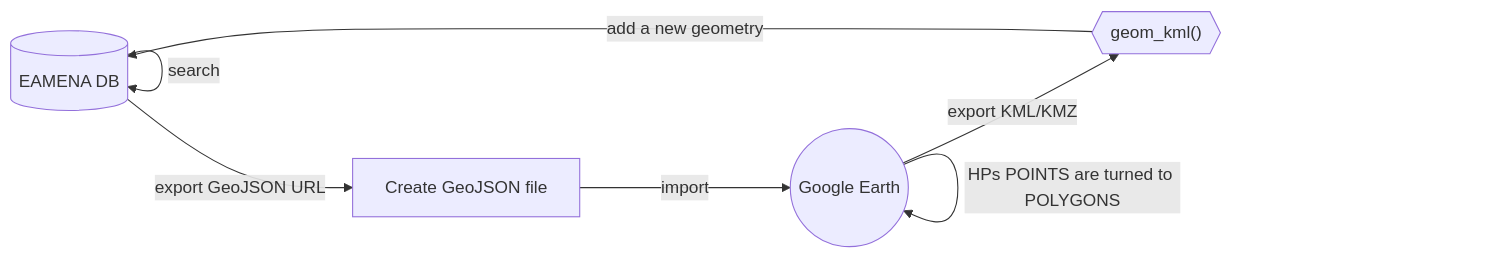
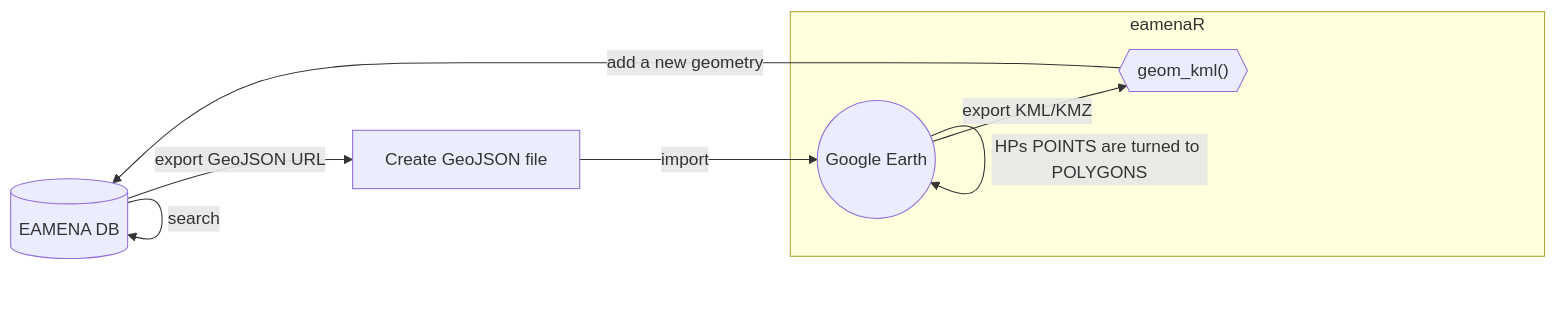
Before and after one commit to eamena-project/eamena-arches-dev: the diagram in data/kml/README.md, drawn with Mermaid.

Commit message:
geom_kml diagram

````diff
--- a/data/kml/README.md
+++ b/data/kml/README.md
@@ -3,9 +3,11 @@
 ```mermaid
 flowchart LR
     A[(EAMENA DB)] --search--> A;
     A --export GeoJSON URL--> B[Create GeoJSON file];
     B --import--> C((Google Earth));
     C --"HPs POINTS are turned to POLYGONS"--> C;
+    subgraph eamenaR
     C --export KML/KMZ--> D{{"geom_kml()"}}; 
+    end
     D --add a new geometry--> A;
 ```
````
